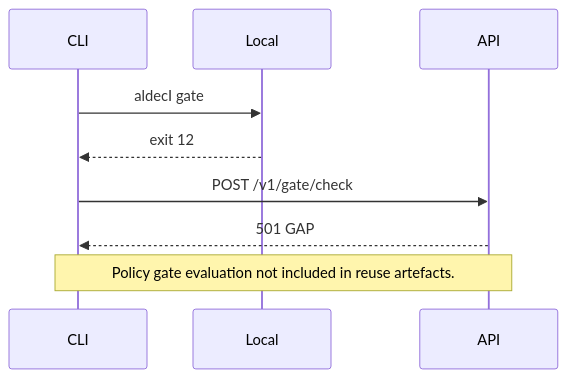
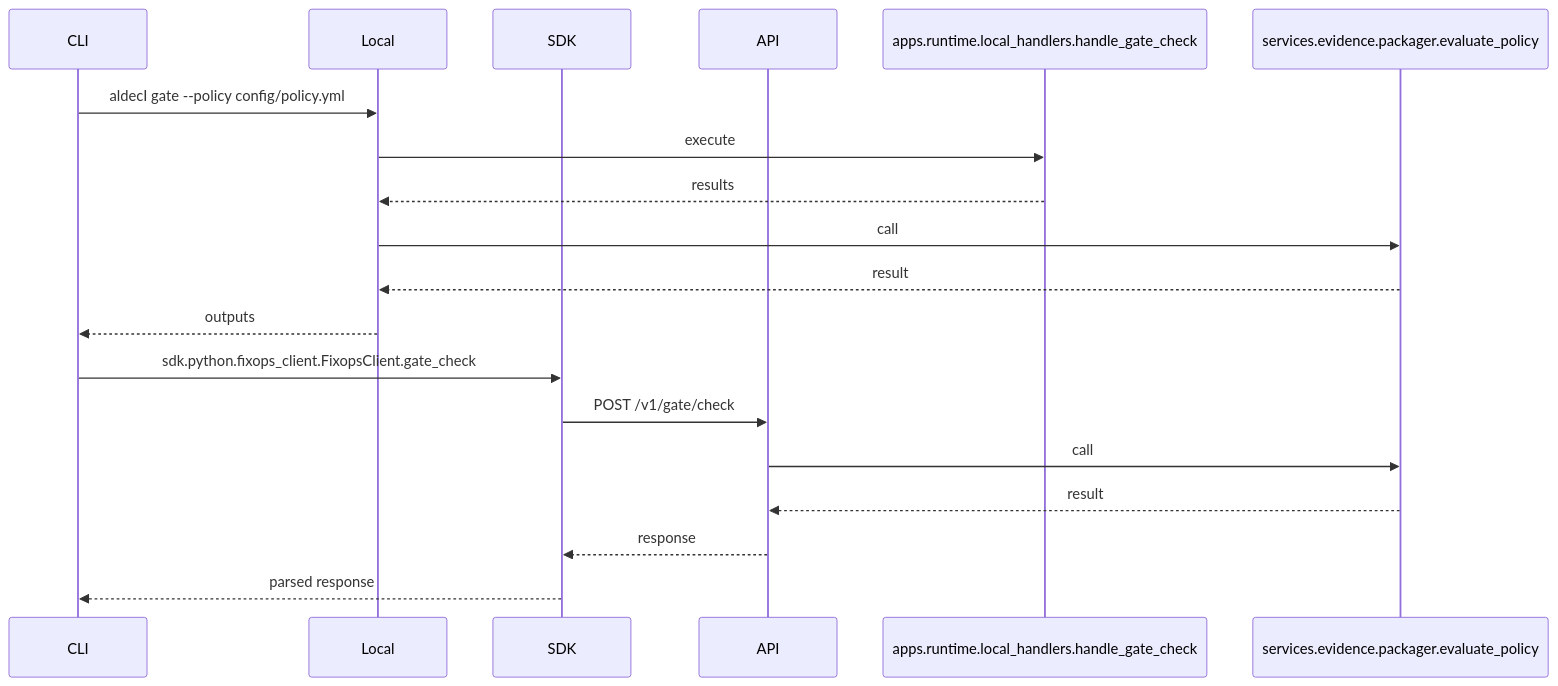
One commit to DevOpsMadDog/Aldeci changed the diagram in docs/diagrams/seq_gate_check.mmd. Above: the diagram before and after it, drawn with Mermaid. The commit also changed 52 other files, not shown here.

```diff
--- a/docs/diagrams/seq_gate_check.mmd
+++ b/docs/diagrams/seq_gate_check.mmd
@@ -1,9 +1,19 @@
 sequenceDiagram
     participant CLI
     participant Local
+    participant SDK
     participant API
-    CLI->>Local: aldecI gate
-    Local-->>CLI: exit 12
-    CLI->>API: POST /v1/gate/check
-    API-->>CLI: 501 GAP
-    Note over CLI,API: Policy gate evaluation not included in reuse artefacts.
+    participant L853897 as apps.runtime.local_handlers.handle_gate_check
+    participant S716599 as services.evidence.packager.evaluate_policy
+    CLI->>Local: aldecI gate --policy config/policy.yml
+    Local->>L853897: execute
+    L853897-->>Local: results
+    Local->>S716599: call
+    S716599-->>Local: result
+    Local-->>CLI: outputs
+    CLI->>SDK: sdk.python.fixops_client.FixopsClient.gate_check
+    SDK->>API: POST /v1/gate/check
+    API->>S716599: call
+    S716599-->>API: result
+    API-->>SDK: response
+    SDK-->>CLI: parsed response
```
